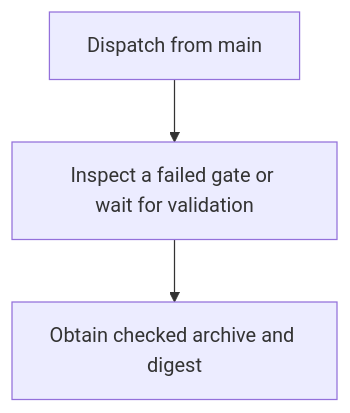
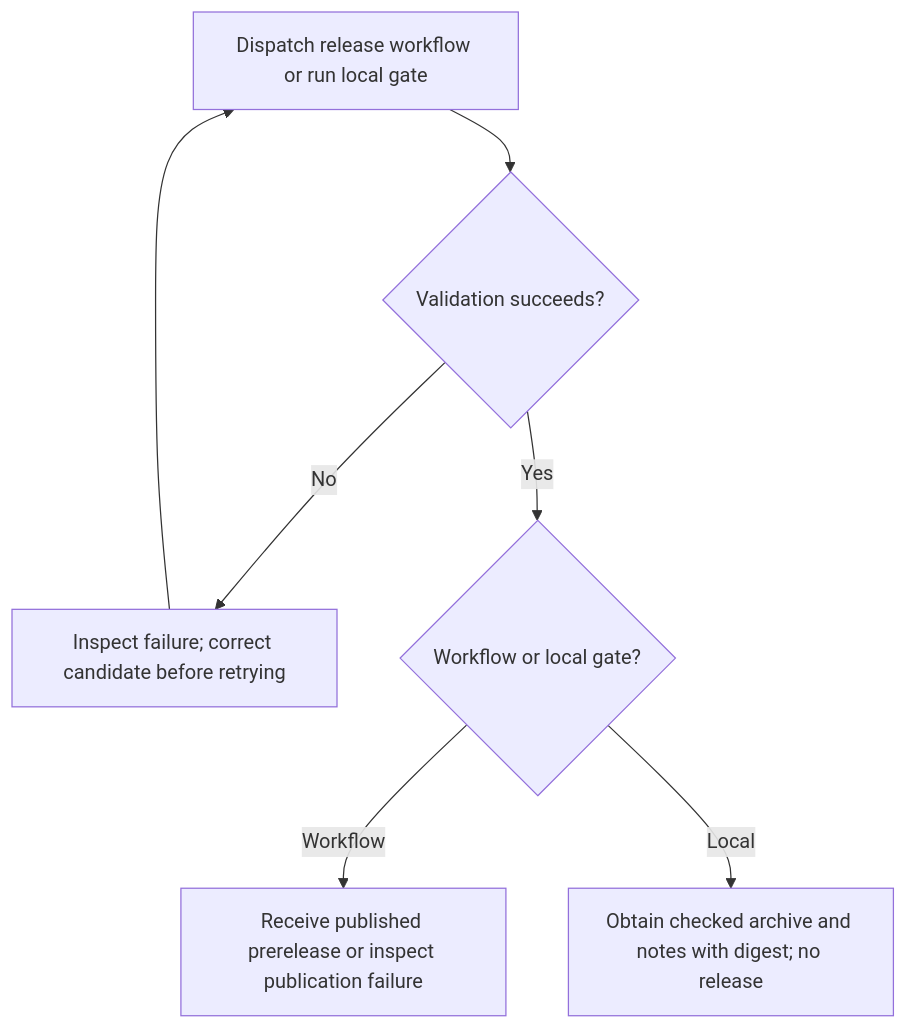
Before and after one commit to Kevinjohn/oss-adonisjs-confirm-action-with-password: the first of 2 diagrams in user-stories/US-CONFIRM-08-verify-release-archive.md, drawn with Mermaid. The commit also changed other lines of this file and 7 other files, not shown here.

Commit message:
docs: verify user story paths and Mermaid flows against implementation

````diff
--- a/user-stories/US-CONFIRM-08-verify-release-archive.md
+++ b/user-stories/US-CONFIRM-08-verify-release-archive.md
@@ -20,5 +20,9 @@
 ```mermaid
 flowchart TD
-    A["Dispatch from main"] --> B["Inspect a failed gate or wait for validation"]
-    B --> C["Obtain checked archive and digest"]
+    A["Dispatch release workflow or run local gate"] --> B{"Validation succeeds?"}
+    B -->|No| C["Inspect failure; correct candidate before retrying"]
+    C --> A
+    B -->|Yes| D{"Workflow or local gate?"}
+    D -->|Workflow| E["Receive published prerelease or inspect publication failure"]
+    D -->|Local| F["Obtain checked archive and notes with digest; no release"]
 ```
````
